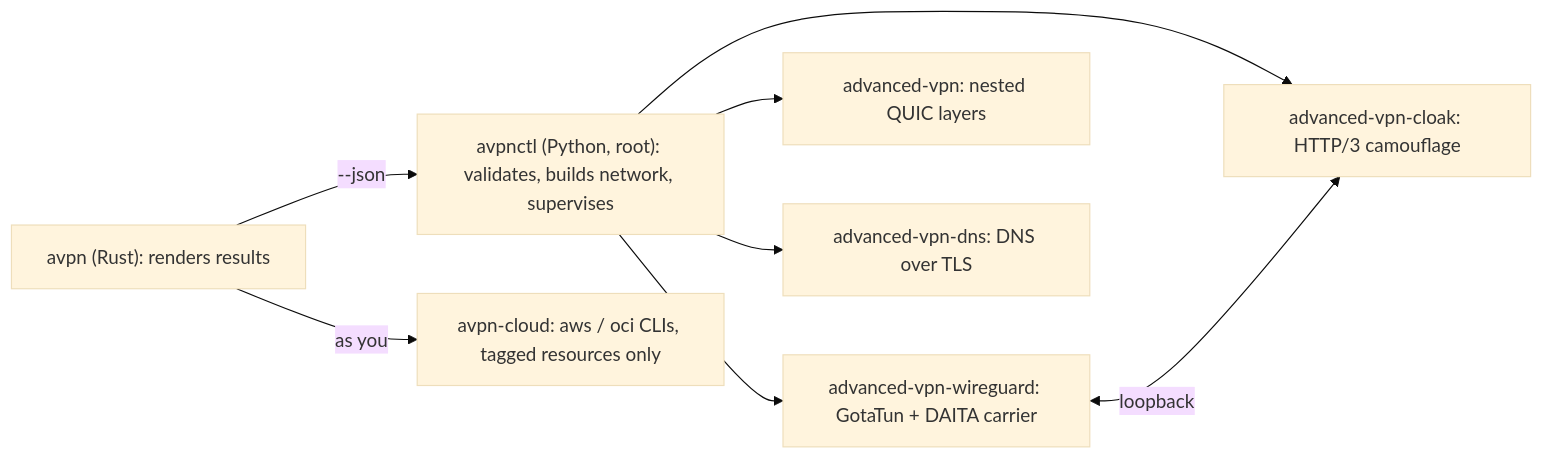
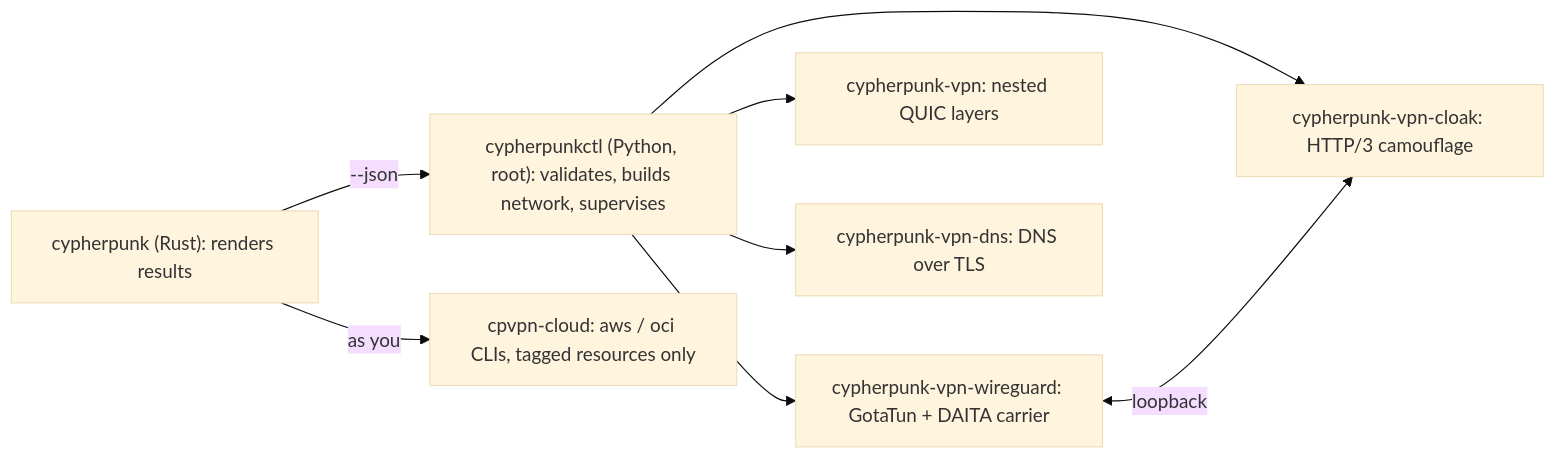
The diagram in docs/architecture.md (R1VER77/ADVANCED_VPN), drawn with Mermaid (base theme) before and after one commit. The commit also changed other lines of this file and 431 other files, not shown here.

````diff
--- a/docs/architecture.md
+++ b/docs/architecture.md
@@ -5,10 +5,10 @@
 ```mermaid
 flowchart LR
-    CLI["avpn (Rust): renders results"] -->|"--json"| CTL["avpnctl (Python, root): validates, builds network, supervises"]
-    CLI -->|"as you"| CLOUD["avpn-cloud: aws / oci CLIs, tagged resources only"]
-    CTL --> CLOAK["advanced-vpn-cloak: HTTP/3 camouflage"]
-    CTL --> WG["advanced-vpn-wireguard: GotaTun + DAITA carrier"]
+    CLI["cypherpunk (Rust): renders results"] -->|"--json"| CTL["cypherpunkctl (Python, root): validates, builds network, supervises"]
+    CLI -->|"as you"| CLOUD["cpvpn-cloud: aws / oci CLIs, tagged resources only"]
+    CTL --> CLOAK["cypherpunk-vpn-cloak: HTTP/3 camouflage"]
+    CTL --> WG["cypherpunk-vpn-wireguard: GotaTun + DAITA carrier"]
     WG <-->|"loopback"| CLOAK
-    CTL --> CORE["advanced-vpn: nested QUIC layers"]
-    CTL --> DNS["advanced-vpn-dns: DNS over TLS"]
+    CTL --> CORE["cypherpunk-vpn: nested QUIC layers"]
+    CTL --> DNS["cypherpunk-vpn-dns: DNS over TLS"]
 ```
````
